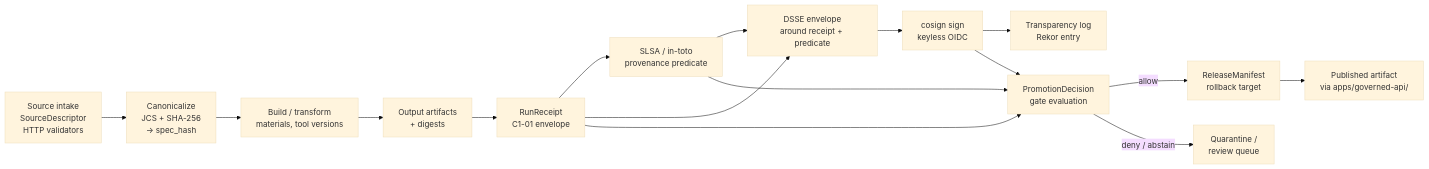
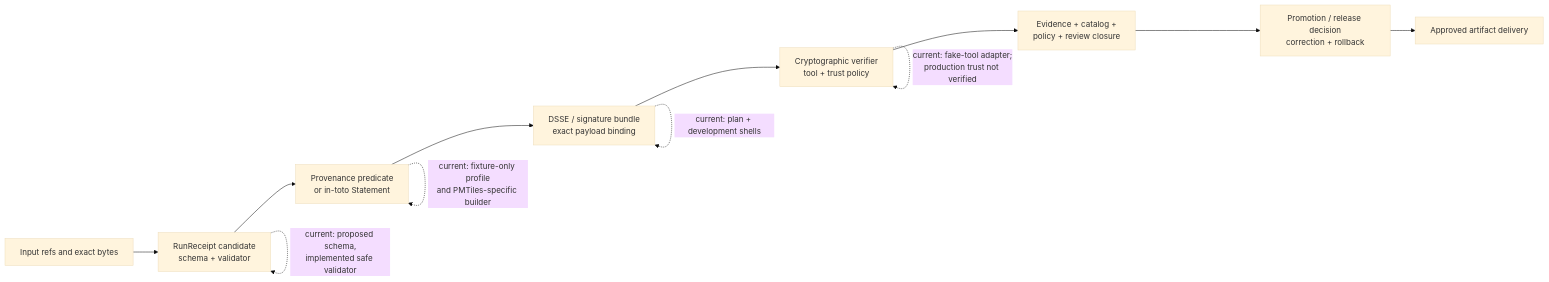
Before and after one commit to bartytime4life/Kansas-Frontier-Matrix: the diagram in docs/standards/PROVENANCE.md, drawn with Mermaid (base theme). The commit also changed other lines of this file, not shown here.

Commit message:
docs: modernize provenance standards boundary

````diff
--- a/docs/standards/PROVENANCE.md
+++ b/docs/standards/PROVENANCE.md
@@ -159,26 +277,18 @@
 ```mermaid
 flowchart LR
-    A[Source intake<br/>SourceDescriptor<br/>HTTP validators]
-    B[Canonicalize<br/>JCS + SHA-256<br/>→ spec_hash]
-    C[Build / transform<br/>materials, tool versions]
-    D[Output artifacts<br/>+ digests]
-    E[RunReceipt<br/>C1-01 envelope]
-    F[SLSA / in-toto<br/>provenance predicate]
-    G[DSSE envelope<br/>around receipt + predicate]
-    H[cosign sign<br/>keyless OIDC]
-    I[Transparency log<br/>Rekor entry]
-    J[PromotionDecision<br/>gate evaluation]
-    K[ReleaseManifest<br/>rollback target]
-    L[Published artifact<br/>via apps/governed-api/]
+  I["Input refs and exact bytes"]
+  R["RunReceipt candidate<br/>schema + validator"]
+  P["Provenance predicate<br/>or in-toto Statement"]
+  E["DSSE / signature bundle<br/>exact payload binding"]
+  V["Cryptographic verifier<br/>tool + trust policy"]
+  C["Evidence + catalog +<br/>policy + review closure"]
+  D["Promotion / release decision<br/>correction + rollback"]
+  O["Approved artifact delivery"]
 
-    A --> B --> C --> D --> E
-    E --> F
-    E --> G
-    F --> G
-    G --> H --> I
-    E --> J
-    F --> J
-    H --> J
-    J -->|allow| K --> L
-    J -->|deny / abstain| Q[Quarantine /<br/>review queue]
+  I --> R --> P --> E --> V --> C --> D --> O
+
+  R -. "current: proposed schema,<br/>implemented safe validator" .-> R
+  P -. "current: fixture-only profile<br/>and PMTiles-specific builder" .-> P
+  E -. "current: plan + development shells" .-> E
+  V -. "current: fake-tool adapter;<br/>production trust not verified" .-> V
 ```
````
